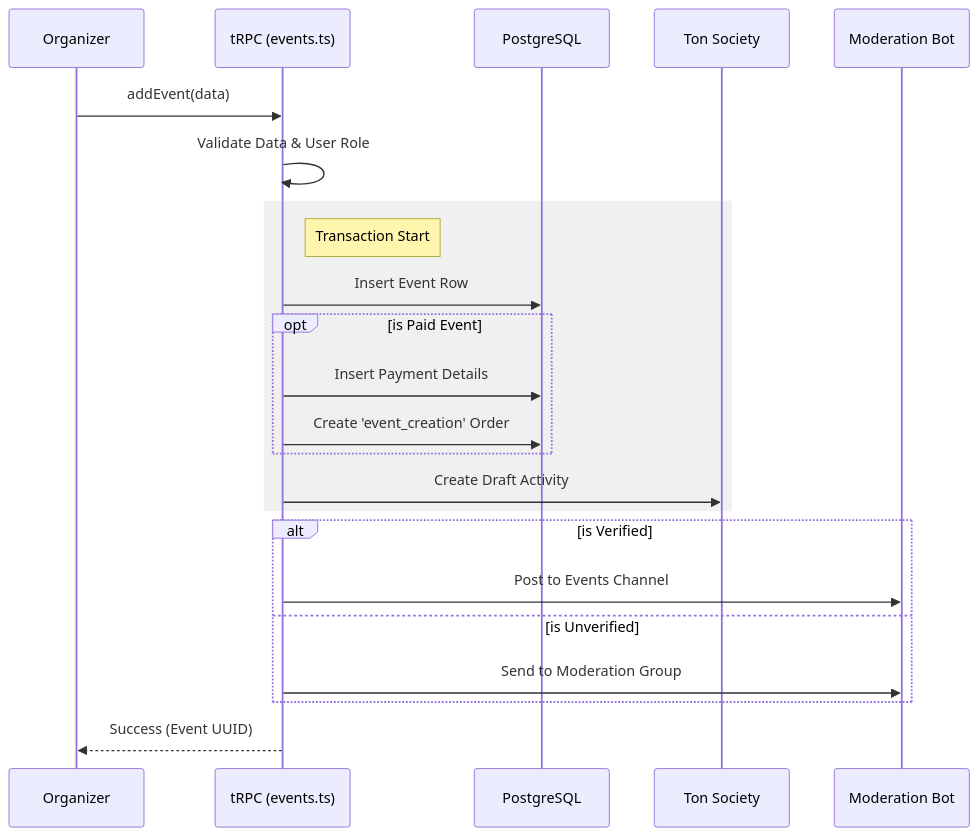
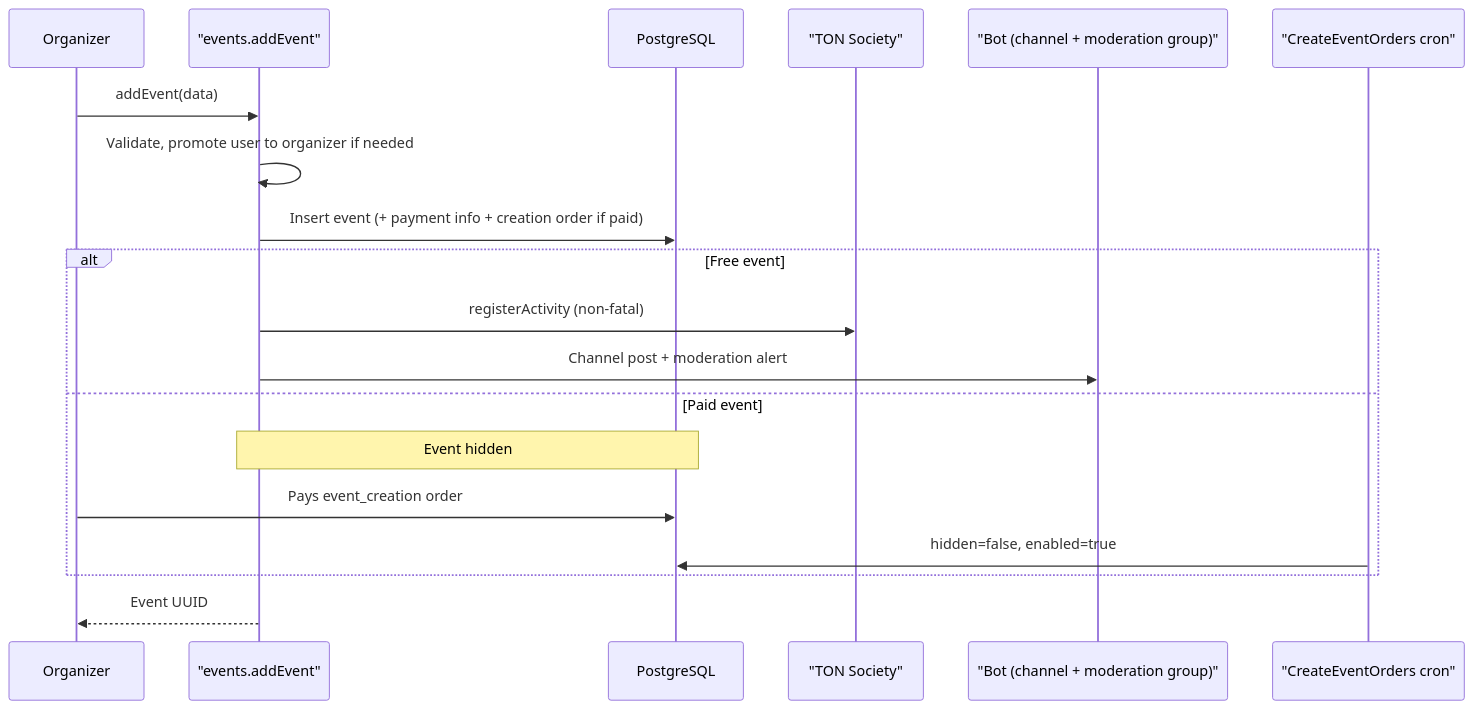
One commit to ExecutESG/onton changed the diagram in knowledge_base/event_creation.md. Above: the diagram before and after it, drawn with Mermaid. The commit also changed other lines of this file and 41 other files, not shown here.

````diff
--- a/knowledge_base/event_creation.md
+++ b/knowledge_base/event_creation.md
@@ -40,29 +36,22 @@
 ```mermaid
 sequenceDiagram
     participant Org as Organizer
-    participant API as tRPC (events.ts)
+    participant API as "events.addEvent"
     participant DB as PostgreSQL
-    participant Ext as Ton Society
-    participant Mod as Moderation Bot
+    participant TS as "TON Society"
+    participant Bot as "Bot (channel + moderation group)"
+    participant Cron as "CreateEventOrders cron"
 
     Org->>API: addEvent(data)
-    API->>API: Validate Data & User Role
-    
-    rect rgb(240, 240, 240)
-        note right of API: Transaction Start
-        API->>DB: Insert Event Row
-        opt is Paid Event
-            API->>DB: Insert Payment Details
-            API->>DB: Create 'event_creation' Order
-        end
-        API->>Ext: Create Draft Activity
+    API->>API: Validate, promote user to organizer if needed
+    API->>DB: Insert event (+ payment info + creation order if paid)
+    alt Free event
+        API->>TS: registerActivity (non-fatal)
+        API->>Bot: Channel post + moderation alert
+    else Paid event
+        Note over API,DB: Event hidden
+        Org->>DB: Pays event_creation order
+        Cron->>DB: hidden=false, enabled=true
     end
-
-    alt is Verified
-        API->>Mod: Post to Events Channel
-    else is Unverified
-        API->>Mod: Send to Moderation Group
-    end
-    
-    API-->>Org: Success (Event UUID)
+    API-->>Org: Event UUID
 ```
````
